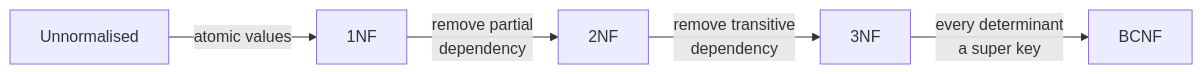
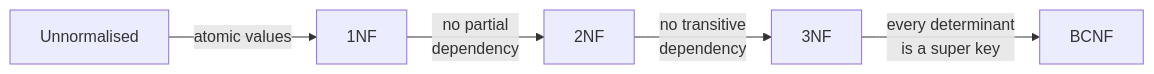
Before and after one commit to aaryan-pradhan/core-cs-fundamentals: the fourth of 8 diagrams in dbms/11-normalisation.md, drawn with Mermaid. The commit also changed other lines of this file, not shown here.

````diff
--- a/dbms/11-normalisation.md
+++ b/dbms/11-normalisation.md
@@ -168,4 +86,4 @@
 ```mermaid
 flowchart LR
-  U["Unnormalised"] -- "atomic values" --> N1["1NF"] -- "remove partial<br/>dependency" --> N2["2NF"] -- "remove transitive<br/>dependency" --> N3["3NF"] -- "every determinant<br/>a super key" --> BC["BCNF"]
+  U["Unnormalised"] -- "atomic values" --> N1["1NF"] -- "no partial<br/>dependency" --> N2["2NF"] -- "no transitive<br/>dependency" --> N3["3NF"] -- "every determinant<br/>is a super key" --> BC["BCNF"]
 ```
````
